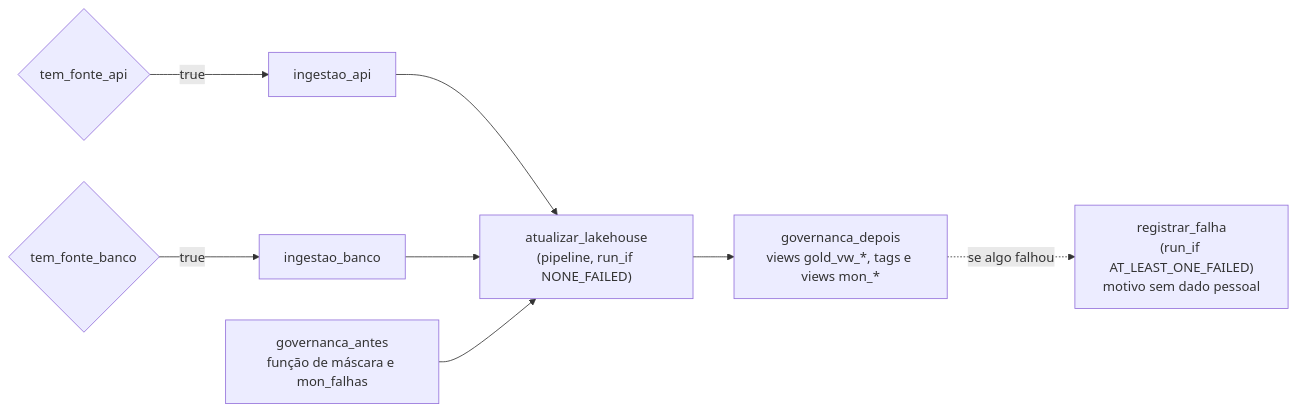
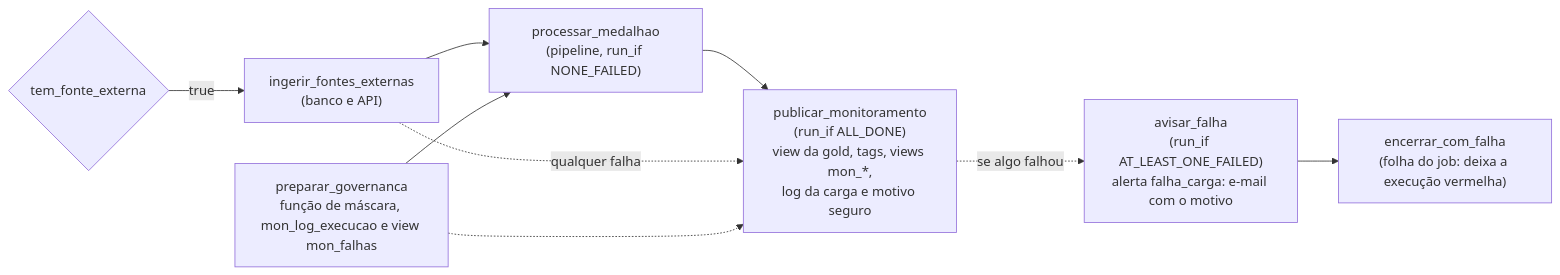
Before and after one commit to JoaoGama-dev/databricks-lakehouse-essentials: the second of 2 diagrams in docs/arquitetura.md, drawn with Mermaid. The commit also changed other lines of this file and 25 other files, not shown here.

First line of the commit message:
Documenta log, custo e integração em 2 rodadas; corrige teste da máscara

````diff
--- a/docs/arquitetura.md
+++ b/docs/arquitetura.md
@@ -67,11 +67,12 @@
 ```mermaid
 flowchart LR
-    api_c{"tem_fonte_api"} -- "true" --> api_t["ingestao_api"]
-    bco_c{"tem_fonte_banco"} -- "true" --> bco_t["ingestao_banco"]
-    gov_a["governanca_antes<br/>função de máscara e mon_falhas"]
-    api_t --> lake["atualizar_lakehouse<br/>(pipeline, run_if NONE_FAILED)"]
-    bco_t --> lake
-    gov_a --> lake
-    lake --> gov_d["governanca_depois<br/>views gold_vw_*, tags e views mon_*"]
-    gov_d -. "se algo falhou" .-> falha["registrar_falha<br/>(run_if AT_LEAST_ONE_FAILED)<br/>motivo sem dado pessoal"]
+    ext_c{"tem_fonte_externa"} -- "true" --> ext_t["ingerir_fontes_externas<br/>(banco e API)"]
+    prep["preparar_governanca<br/>função de máscara, mon_log_execucao e view mon_falhas"]
+    ext_t --> lake["processar_medalhao<br/>(pipeline, run_if NONE_FAILED)"]
+    prep --> lake
+    lake --> pub["publicar_monitoramento<br/>(run_if ALL_DONE)<br/>view da gold, tags, views mon_*,<br/>log da carga e motivo seguro"]
+    ext_t -. "qualquer falha" .-> pub
+    prep -.-> pub
+    pub -. "se algo falhou" .-> aviso["avisar_falha<br/>(run_if AT_LEAST_ONE_FAILED)<br/>alerta falha_carga: e-mail com o motivo"]
+    aviso --> fim["encerrar_com_falha<br/>(folha do job: deixa a execução vermelha)"]
 ```
````
